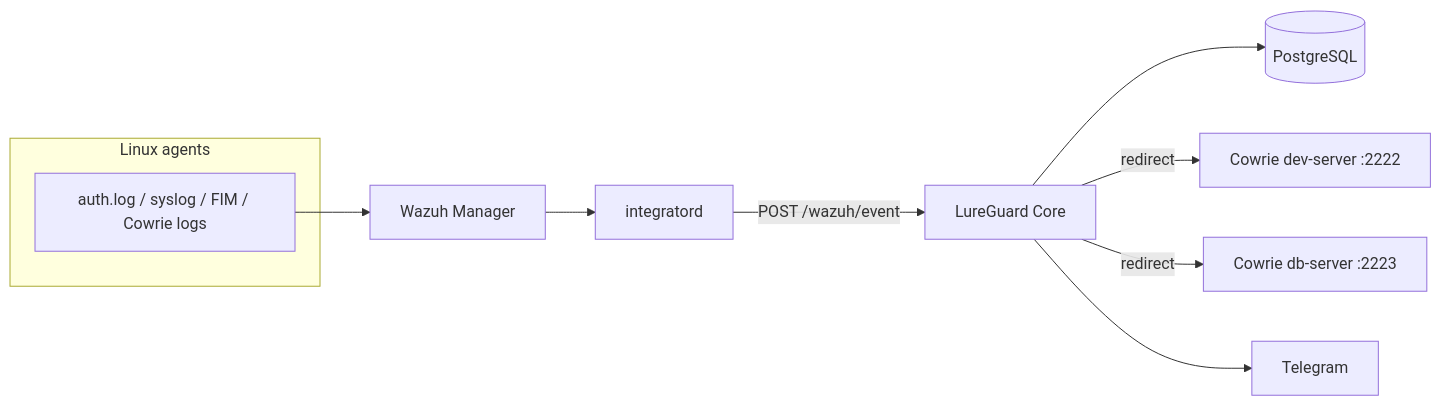
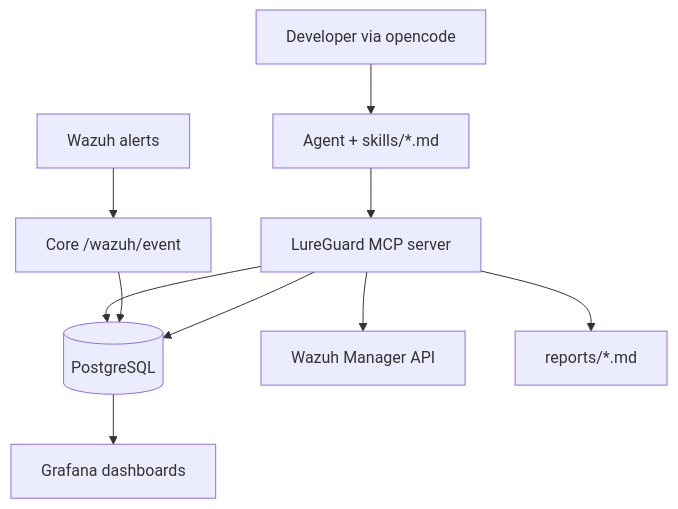
Before and after one commit to Belal-01/LureGuard.ai: the diagram in README.md, drawn with Mermaid. The commit also changed other lines of this file and 71 other files, not shown here.

Commit message:
add opencode agentic analyst with MCP server, skills, posture pipeline, and Grafana audit layer

````diff
--- a/README.md
+++ b/README.md
@@ -24,19 +27,11 @@
 ```mermaid
-flowchart LR
-  subgraph agents [Linux agents]
-    A[auth.log / syslog / FIM / Cowrie logs]
-  end
-  WM[Wazuh Manager]
-  INT[integratord]
-  CORE[LureGuard Core]
-  PG[(PostgreSQL)]
-  C1[Cowrie dev-server :2222]
-  C2[Cowrie db-server :2223]
-  TG[Telegram]
-
-  A --> WM --> INT -->|POST /wazuh/event| CORE
-  CORE --> PG
-  CORE -->|redirect| C1
-  CORE -->|redirect| C2
-  CORE --> TG
+flowchart TD
+  Human[Developer via opencode] --> AG[Agent + skills/*.md]
+  AG --> MCP[LureGuard MCP server]
+  MCP --> PG[(PostgreSQL)]
+  MCP --> WAPI[Wazuh Manager API]
+  WZ[Wazuh alerts] --> CORE[Core /wazuh/event] --> PG
+  MCP --> PG
+  PG --> GRAF[Grafana dashboards]
+  MCP --> REP[reports/*.md]
 ```
````
